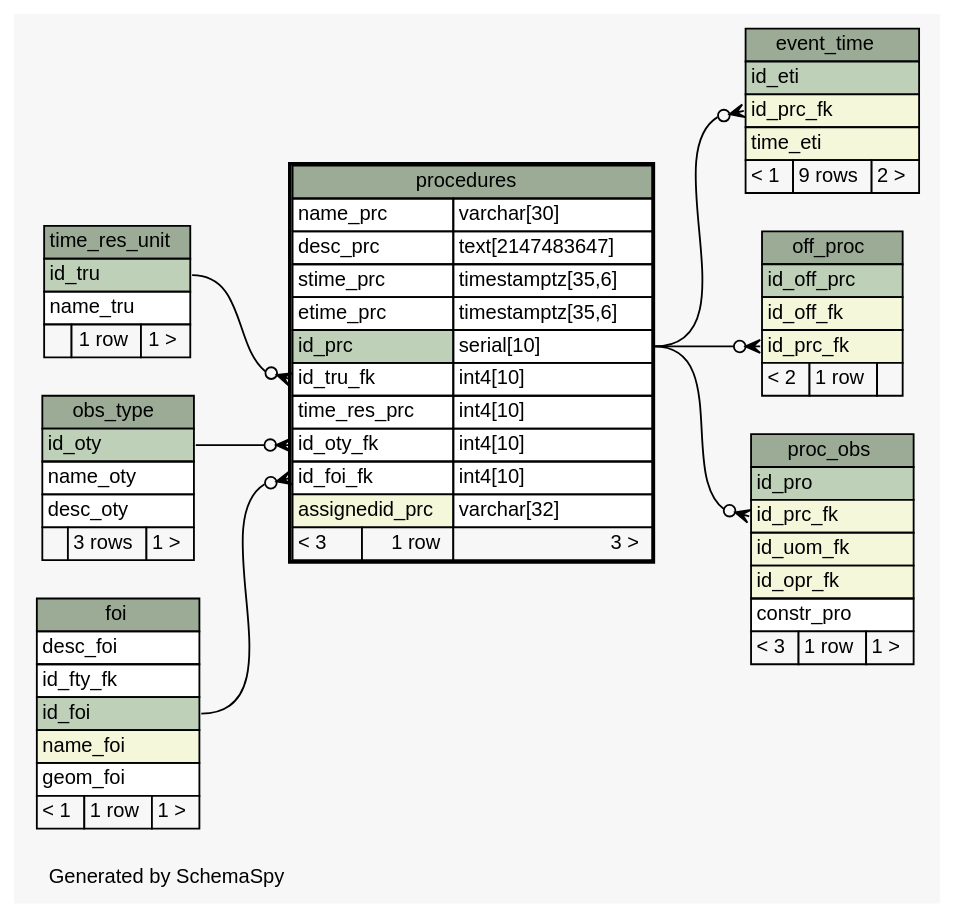
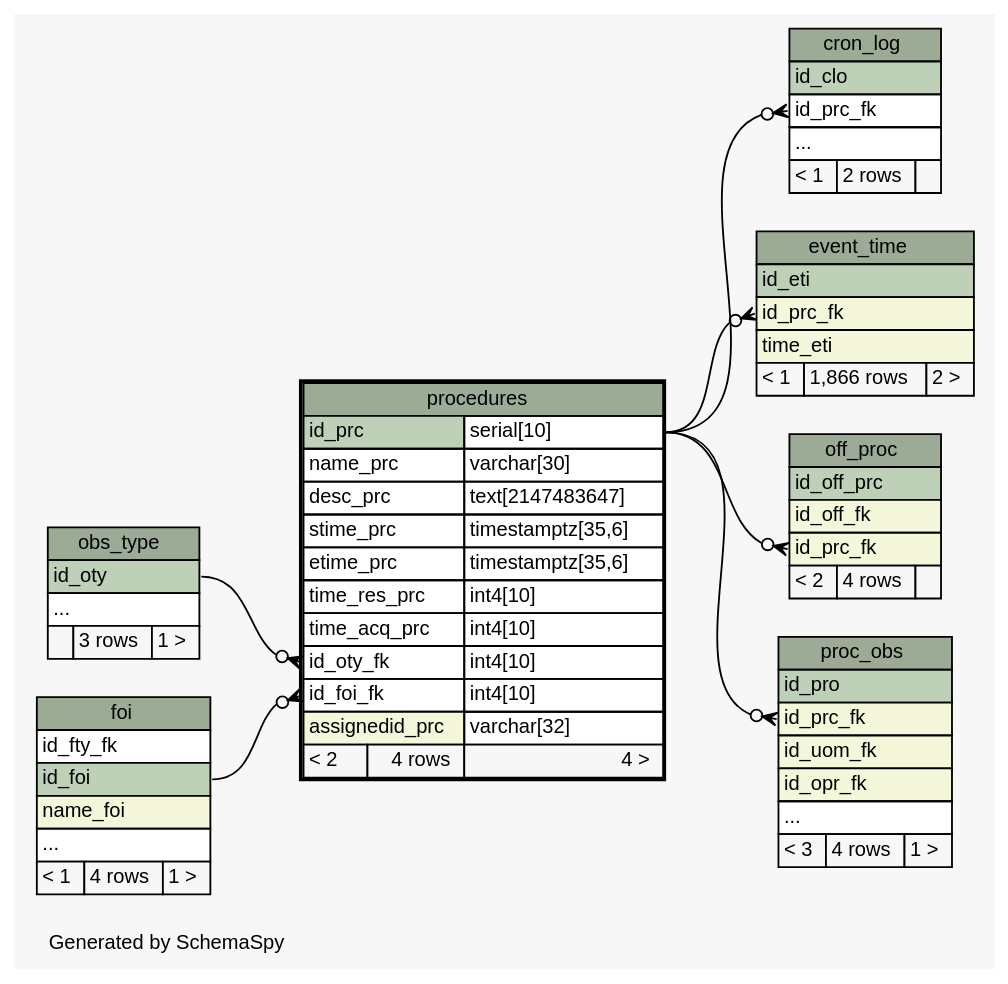
The diagram in documentation/_static/istsosDB/diagrams/procedures.1degree.dot (istSOS/istsos2), drawn with Graphviz before and after one commit. The commit also changed 92 other files, not shown here.

Commit message:
add new schema documentation

```diff
--- a/documentation/_static/istsosDB/diagrams/procedures.1degree.dot
+++ b/documentation/_static/istsosDB/diagrams/procedures.1degree.dot
@@ -1,122 +1,121 @@
-// dot 2.26.3 on Linux 3.2.0-38-generic-pae
-// SchemaSpy rev 590
+// dot 2.36.0 on Linux 3.16.7-031607-generic
+// SchemaSpy rev Unknown
 digraph "oneDegreeRelationshipsDiagram" {
   graph [
     rankdir="RL"
     bgcolor="#f7f7f7"
     label="\nGenerated by SchemaSpy"
     labeljust="l"
     nodesep="0.18"
     ranksep="0.46"
     fontname="Helvetica"
     fontsize="11"
   ];
   node [
     fontname="Helvetica"
     fontsize="11"
     shape="plaintext"
   ];
   edge [
     arrowsize="0.8"
   ];
+  "cron_log":"id_prc_fk":w -> "procedures":"id_prc.type":e [arrowhead=none dir=back arrowtail=crowodot];
   "event_time":"id_prc_fk":w -> "procedures":"id_prc.type":e [arrowhead=none dir=back arrowtail=crowodot];
   "off_proc":"id_prc_fk":w -> "procedures":"id_prc.type":e [arrowhead=none dir=back arrowtail=crowodot];
   "proc_obs":"id_prc_fk":w -> "procedures":"id_prc.type":e [arrowhead=none dir=back arrowtail=crowodot];
   "procedures":"id_foi_fk":w -> "foi":"id_foi":e [arrowhead=none dir=back arrowtail=crowodot];
   "procedures":"id_oty_fk":w -> "obs_type":"id_oty":e [arrowhead=none dir=back arrowtail=crowodot];
-  "procedures":"id_tru_fk":w -> "time_res_unit":"id_tru":e [arrowhead=none dir=back arrowtail=crowodot];
+  "cron_log" [
+    label=<
+    <TABLE BORDER="0" CELLBORDER="1" CELLSPACING="0" BGCOLOR="#ffffff">
+      <TR><TD COLSPAN="3" BGCOLOR="#9bab96" ALIGN="CENTER">cron_log</TD></TR>
+      <TR><TD PORT="id_clo" COLSPAN="3" BGCOLOR="#bed1b8" ALIGN="LEFT">id_clo</TD></TR>
+      <TR><TD PORT="id_prc_fk" COLSPAN="3" ALIGN="LEFT">id_prc_fk</TD></TR>
+      <TR><TD PORT="elipses" COLSPAN="3" ALIGN="LEFT">...</TD></TR>
+      <TR><TD ALIGN="LEFT" BGCOLOR="#f7f7f7">&lt; 1</TD><TD ALIGN="RIGHT" BGCOLOR="#f7f7f7">2 rows</TD><TD ALIGN="RIGHT" BGCOLOR="#f7f7f7">  </TD></TR>
+    </TABLE>>
+    URL="cron_log.html"
+    tooltip="cron_log"
+  ];
   "event_time" [
     label=<
     <TABLE BORDER="0" CELLBORDER="1" CELLSPACING="0" BGCOLOR="#ffffff">
       <TR><TD COLSPAN="3" BGCOLOR="#9bab96" ALIGN="CENTER">event_time</TD></TR>
       <TR><TD PORT="id_eti" COLSPAN="3" BGCOLOR="#bed1b8" ALIGN="LEFT">id_eti</TD></TR>
       <TR><TD PORT="id_prc_fk" COLSPAN="3" BGCOLOR="#f4f7da" ALIGN="LEFT">id_prc_fk</TD></TR>
       <TR><TD PORT="time_eti" COLSPAN="3" BGCOLOR="#f4f7da" ALIGN="LEFT">time_eti</TD></TR>
-      <TR><TD ALIGN="LEFT" BGCOLOR="#f7f7f7">&lt; 1</TD><TD ALIGN="RIGHT" BGCOLOR="#f7f7f7">9 rows</TD><TD ALIGN="RIGHT" BGCOLOR="#f7f7f7">2 &gt;</TD></TR>
+      <TR><TD ALIGN="LEFT" BGCOLOR="#f7f7f7">&lt; 1</TD><TD ALIGN="RIGHT" BGCOLOR="#f7f7f7">1,866 rows</TD><TD ALIGN="RIGHT" BGCOLOR="#f7f7f7">2 &gt;</TD></TR>
     </TABLE>>
     URL="event_time.html"
     tooltip="event_time"
   ];
   "foi" [
     label=<
     <TABLE BORDER="0" CELLBORDER="1" CELLSPACING="0" BGCOLOR="#ffffff">
       <TR><TD COLSPAN="3" BGCOLOR="#9bab96" ALIGN="CENTER">foi</TD></TR>
-      <TR><TD PORT="desc_foi" COLSPAN="3" ALIGN="LEFT">desc_foi</TD></TR>
       <TR><TD PORT="id_fty_fk" COLSPAN="3" ALIGN="LEFT">id_fty_fk</TD></TR>
       <TR><TD PORT="id_foi" COLSPAN="3" BGCOLOR="#bed1b8" ALIGN="LEFT">id_foi</TD></TR>
       <TR><TD PORT="name_foi" COLSPAN="3" BGCOLOR="#f4f7da" ALIGN="LEFT">name_foi</TD></TR>
-      <TR><TD PORT="geom_foi" COLSPAN="3" ALIGN="LEFT">geom_foi</TD></TR>
-      <TR><TD ALIGN="LEFT" BGCOLOR="#f7f7f7">&lt; 1</TD><TD ALIGN="RIGHT" BGCOLOR="#f7f7f7">1 row</TD><TD ALIGN="RIGHT" BGCOLOR="#f7f7f7">1 &gt;</TD></TR>
+      <TR><TD PORT="elipses" COLSPAN="3" ALIGN="LEFT">...</TD></TR>
+      <TR><TD ALIGN="LEFT" BGCOLOR="#f7f7f7">&lt; 1</TD><TD ALIGN="RIGHT" BGCOLOR="#f7f7f7">4 rows</TD><TD ALIGN="RIGHT" BGCOLOR="#f7f7f7">1 &gt;</TD></TR>
     </TABLE>>
     URL="foi.html"
     tooltip="foi"
   ];
   "obs_type" [
     label=<
     <TABLE BORDER="0" CELLBORDER="1" CELLSPACING="0" BGCOLOR="#ffffff">
       <TR><TD COLSPAN="3" BGCOLOR="#9bab96" ALIGN="CENTER">obs_type</TD></TR>
       <TR><TD PORT="id_oty" COLSPAN="3" BGCOLOR="#bed1b8" ALIGN="LEFT">id_oty</TD></TR>
-      <TR><TD PORT="name_oty" COLSPAN="3" ALIGN="LEFT">name_oty</TD></TR>
-      <TR><TD PORT="desc_oty" COLSPAN="3" ALIGN="LEFT">desc_oty</TD></TR>
+      <TR><TD PORT="elipses" COLSPAN="3" ALIGN="LEFT">...</TD></TR>
       <TR><TD ALIGN="LEFT" BGCOLOR="#f7f7f7">  </TD><TD ALIGN="RIGHT" BGCOLOR="#f7f7f7">3 rows</TD><TD ALIGN="RIGHT" BGCOLOR="#f7f7f7">1 &gt;</TD></TR>
     </TABLE>>
     URL="obs_type.html"
     tooltip="obs_type"
   ];
   "off_proc" [
     label=<
     <TABLE BORDER="0" CELLBORDER="1" CELLSPACING="0" BGCOLOR="#ffffff">
       <TR><TD COLSPAN="3" BGCOLOR="#9bab96" ALIGN="CENTER">off_proc</TD></TR>
       <TR><TD PORT="id_off_prc" COLSPAN="3" BGCOLOR="#bed1b8" ALIGN="LEFT">id_off_prc</TD></TR>
       <TR><TD PORT="id_off_fk" COLSPAN="3" BGCOLOR="#f4f7da" ALIGN="LEFT">id_off_fk</TD></TR>
       <TR><TD PORT="id_prc_fk" COLSPAN="3" BGCOLOR="#f4f7da" ALIGN="LEFT">id_prc_fk</TD></TR>
-      <TR><TD ALIGN="LEFT" BGCOLOR="#f7f7f7">&lt; 2</TD><TD ALIGN="RIGHT" BGCOLOR="#f7f7f7">1 row</TD><TD ALIGN="RIGHT" BGCOLOR="#f7f7f7">  </TD></TR>
+      <TR><TD ALIGN="LEFT" BGCOLOR="#f7f7f7">&lt; 2</TD><TD ALIGN="RIGHT" BGCOLOR="#f7f7f7">4 rows</TD><TD ALIGN="RIGHT" BGCOLOR="#f7f7f7">  </TD></TR>
     </TABLE>>
     URL="off_proc.html"
     tooltip="off_proc"
   ];
   "proc_obs" [
     label=<
     <TABLE BORDER="0" CELLBORDER="1" CELLSPACING="0" BGCOLOR="#ffffff">
       <TR><TD COLSPAN="3" BGCOLOR="#9bab96" ALIGN="CENTER">proc_obs</TD></TR>
       <TR><TD PORT="id_pro" COLSPAN="3" BGCOLOR="#bed1b8" ALIGN="LEFT">id_pro</TD></TR>
       <TR><TD PORT="id_prc_fk" COLSPAN="3" BGCOLOR="#f4f7da" ALIGN="LEFT">id_prc_fk</TD></TR>
       <TR><TD PORT="id_uom_fk" COLSPAN="3" BGCOLOR="#f4f7da" ALIGN="LEFT">id_uom_fk</TD></TR>
       <TR><TD PORT="id_opr_fk" COLSPAN="3" BGCOLOR="#f4f7da" ALIGN="LEFT">id_opr_fk</TD></TR>
-      <TR><TD PORT="constr_pro" COLSPAN="3" ALIGN="LEFT">constr_pro</TD></TR>
-      <TR><TD ALIGN="LEFT" BGCOLOR="#f7f7f7">&lt; 3</TD><TD ALIGN="RIGHT" BGCOLOR="#f7f7f7">1 row</TD><TD ALIGN="RIGHT" BGCOLOR="#f7f7f7">1 &gt;</TD></TR>
+      <TR><TD PORT="elipses" COLSPAN="3" ALIGN="LEFT">...</TD></TR>
+      <TR><TD ALIGN="LEFT" BGCOLOR="#f7f7f7">&lt; 3</TD><TD ALIGN="RIGHT" BGCOLOR="#f7f7f7">4 rows</TD><TD ALIGN="RIGHT" BGCOLOR="#f7f7f7">1 &gt;</TD></TR>
     </TABLE>>
     URL="proc_obs.html"
     tooltip="proc_obs"
   ];
   "procedures" [
     label=<
     <TABLE BORDER="2" CELLBORDER="1" CELLSPACING="0" BGCOLOR="#ffffff">
       <TR><TD COLSPAN="3" BGCOLOR="#9bab96" ALIGN="CENTER">procedures</TD></TR>
+      <TR><TD PORT="id_prc" COLSPAN="2" BGCOLOR="#bed1b8" ALIGN="LEFT">id_prc</TD><TD PORT="id_prc.type" ALIGN="LEFT">serial[10]</TD></TR>
       <TR><TD PORT="name_prc" COLSPAN="2" ALIGN="LEFT">name_prc</TD><TD PORT="name_prc.type" ALIGN="LEFT">varchar[30]</TD></TR>
       <TR><TD PORT="desc_prc" COLSPAN="2" ALIGN="LEFT">desc_prc</TD><TD PORT="desc_prc.type" ALIGN="LEFT">text[2147483647]</TD></TR>
       <TR><TD PORT="stime_prc" COLSPAN="2" ALIGN="LEFT">stime_prc</TD><TD PORT="stime_prc.type" ALIGN="LEFT">timestamptz[35,6]</TD></TR>
       <TR><TD PORT="etime_prc" COLSPAN="2" ALIGN="LEFT">etime_prc</TD><TD PORT="etime_prc.type" ALIGN="LEFT">timestamptz[35,6]</TD></TR>
-      <TR><TD PORT="id_prc" COLSPAN="2" BGCOLOR="#bed1b8" ALIGN="LEFT">id_prc</TD><TD PORT="id_prc.type" ALIGN="LEFT">serial[10]</TD></TR>
-      <TR><TD PORT="id_tru_fk" COLSPAN="2" ALIGN="LEFT">id_tru_fk</TD><TD PORT="id_tru_fk.type" ALIGN="LEFT">int4[10]</TD></TR>
       <TR><TD PORT="time_res_prc" COLSPAN="2" ALIGN="LEFT">time_res_prc</TD><TD PORT="time_res_prc.type" ALIGN="LEFT">int4[10]</TD></TR>
+      <TR><TD PORT="time_acq_prc" COLSPAN="2" ALIGN="LEFT">time_acq_prc</TD><TD PORT="time_acq_prc.type" ALIGN="LEFT">int4[10]</TD></TR>
       <TR><TD PORT="id_oty_fk" COLSPAN="2" ALIGN="LEFT">id_oty_fk</TD><TD PORT="id_oty_fk.type" ALIGN="LEFT">int4[10]</TD></TR>
       <TR><TD PORT="id_foi_fk" COLSPAN="2" ALIGN="LEFT">id_foi_fk</TD><TD PORT="id_foi_fk.type" ALIGN="LEFT">int4[10]</TD></TR>
       <TR><TD PORT="assignedid_prc" COLSPAN="2" BGCOLOR="#f4f7da" ALIGN="LEFT">assignedid_prc</TD><TD PORT="assignedid_prc.type" ALIGN="LEFT">varchar[32]</TD></TR>
-      <TR><TD ALIGN="LEFT" BGCOLOR="#f7f7f7">&lt; 3</TD><TD ALIGN="RIGHT" BGCOLOR="#f7f7f7">1 row</TD><TD ALIGN="RIGHT" BGCOLOR="#f7f7f7">3 &gt;</TD></TR>
+      <TR><TD ALIGN="LEFT" BGCOLOR="#f7f7f7">&lt; 2</TD><TD ALIGN="RIGHT" BGCOLOR="#f7f7f7">4 rows</TD><TD ALIGN="RIGHT" BGCOLOR="#f7f7f7">4 &gt;</TD></TR>
     </TABLE>>
     URL="procedures.html"
     tooltip="procedures"
   ];
-  "time_res_unit" [
-    label=<
-    <TABLE BORDER="0" CELLBORDER="1" CELLSPACING="0" BGCOLOR="#ffffff">
-      <TR><TD COLSPAN="3" BGCOLOR="#9bab96" ALIGN="CENTER">time_res_unit</TD></TR>
-      <TR><TD PORT="id_tru" COLSPAN="3" BGCOLOR="#bed1b8" ALIGN="LEFT">id_tru</TD></TR>
-      <TR><TD PORT="name_tru" COLSPAN="3" ALIGN="LEFT">name_tru</TD></TR>
-      <TR><TD ALIGN="LEFT" BGCOLOR="#f7f7f7">  </TD><TD ALIGN="RIGHT" BGCOLOR="#f7f7f7">1 row</TD><TD ALIGN="RIGHT" BGCOLOR="#f7f7f7">1 &gt;</TD></TR>
-    </TABLE>>
-    URL="time_res_unit.html"
-    tooltip="time_res_unit"
-  ];
 }
```
